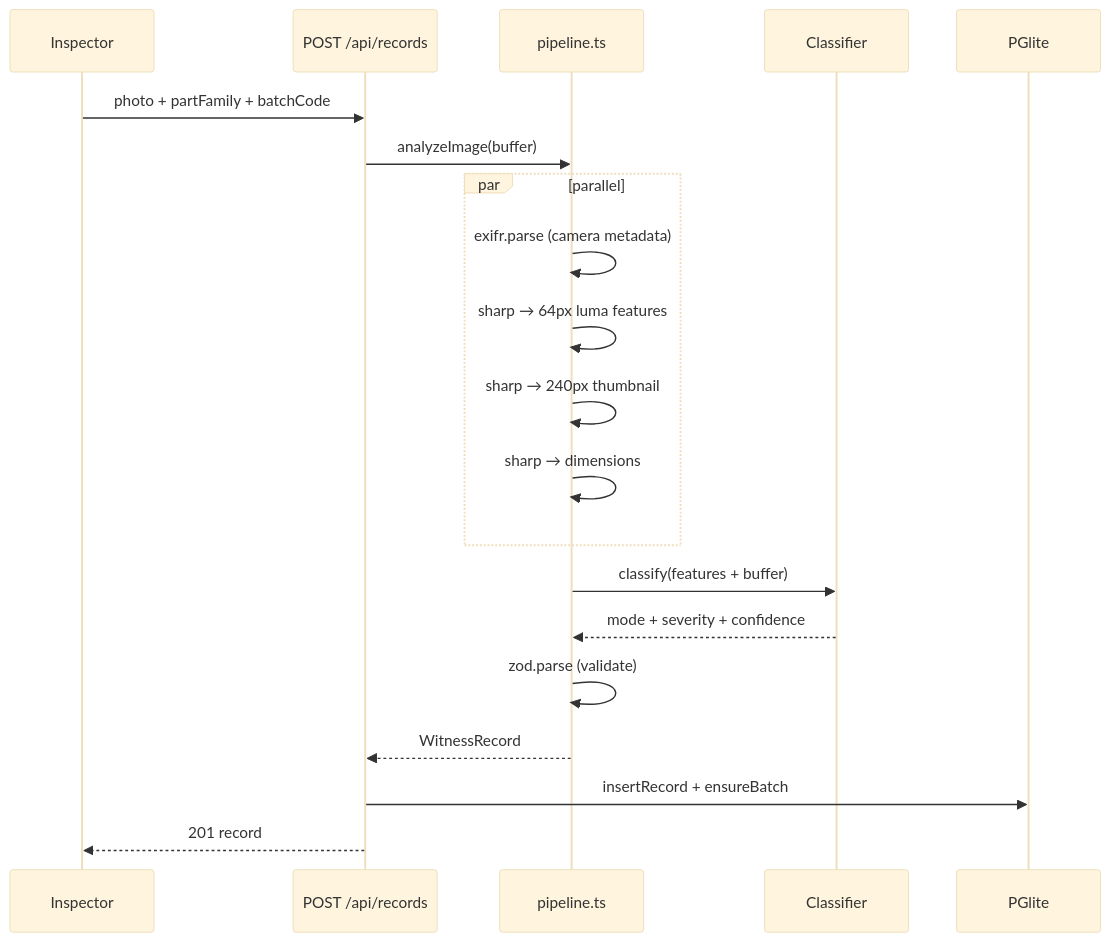
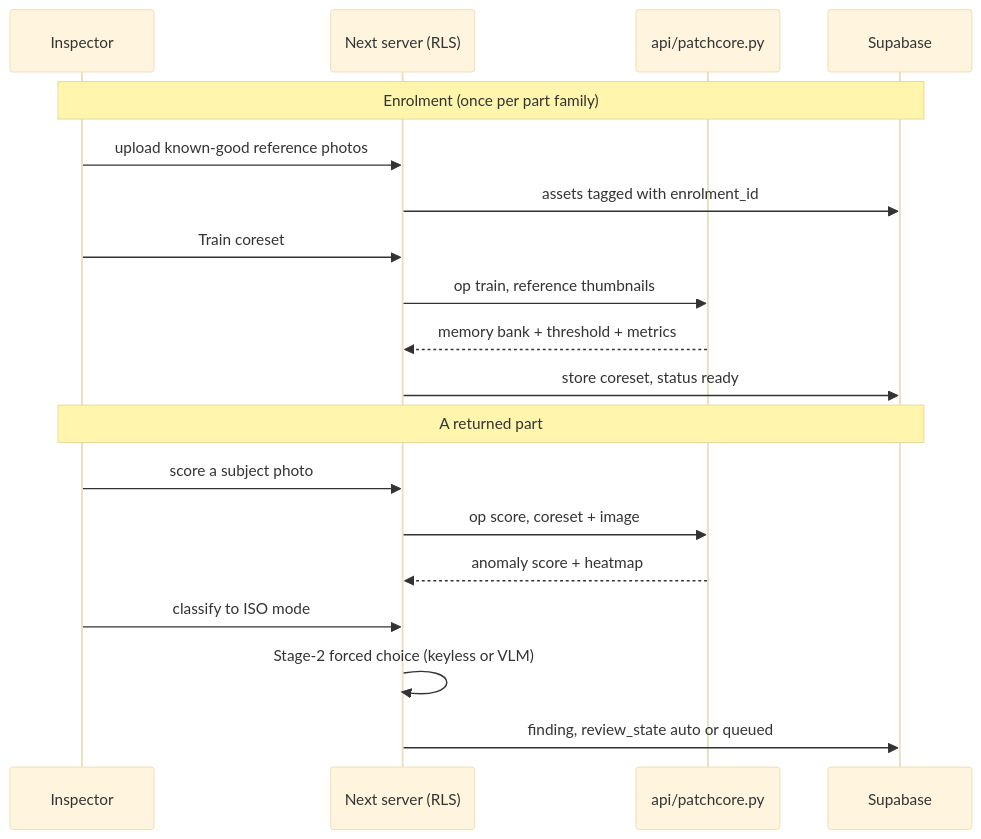
Before and after one commit to kandulanikhilvarma/witness: the second of 3 diagrams in README.md, drawn with Mermaid (base theme). The commit also changed other lines of this file and 1 other file, not shown here.

Commit message:
Rewrite README for full two-stage system

````diff
--- a/README.md
+++ b/README.md
@@ -80,23 +89,23 @@
 ```mermaid
 sequenceDiagram
   participant U as Inspector
-  participant API as POST /api/records
-  participant P as pipeline.ts
-  participant C as Classifier
-  participant DB as PGlite
+  participant N as Next server (RLS)
+  participant PC as api/patchcore.py
+  participant DB as Supabase
 
-  U->>API: photo + partFamily + batchCode
-  API->>P: analyzeImage(buffer)
-  par parallel
-    P->>P: exifr.parse (camera metadata)
-    P->>P: sharp → 64px luma features
-    P->>P: sharp → 240px thumbnail
-    P->>P: sharp → dimensions
-  end
-  P->>C: classify(features + buffer)
-  C-->>P: mode + severity + confidence
-  P->>P: zod.parse (validate)
-  P-->>API: WitnessRecord
-  API->>DB: insertRecord + ensureBatch
-  API-->>U: 201 record
+  Note over U,DB: Enrolment (once per part family)
+  U->>N: upload known-good reference photos
+  N->>DB: assets tagged with enrolment_id
+  U->>N: Train coreset
+  N->>PC: op train, reference thumbnails
+  PC-->>N: memory bank + threshold + metrics
+  N->>DB: store coreset, status ready
+
+  Note over U,DB: A returned part
+  U->>N: score a subject photo
+  N->>PC: op score, coreset + image
+  PC-->>N: anomaly score + heatmap
+  U->>N: classify to ISO mode
+  N->>N: Stage-2 forced choice (keyless or VLM)
+  N->>DB: finding, review_state auto or queued
 ```
````
